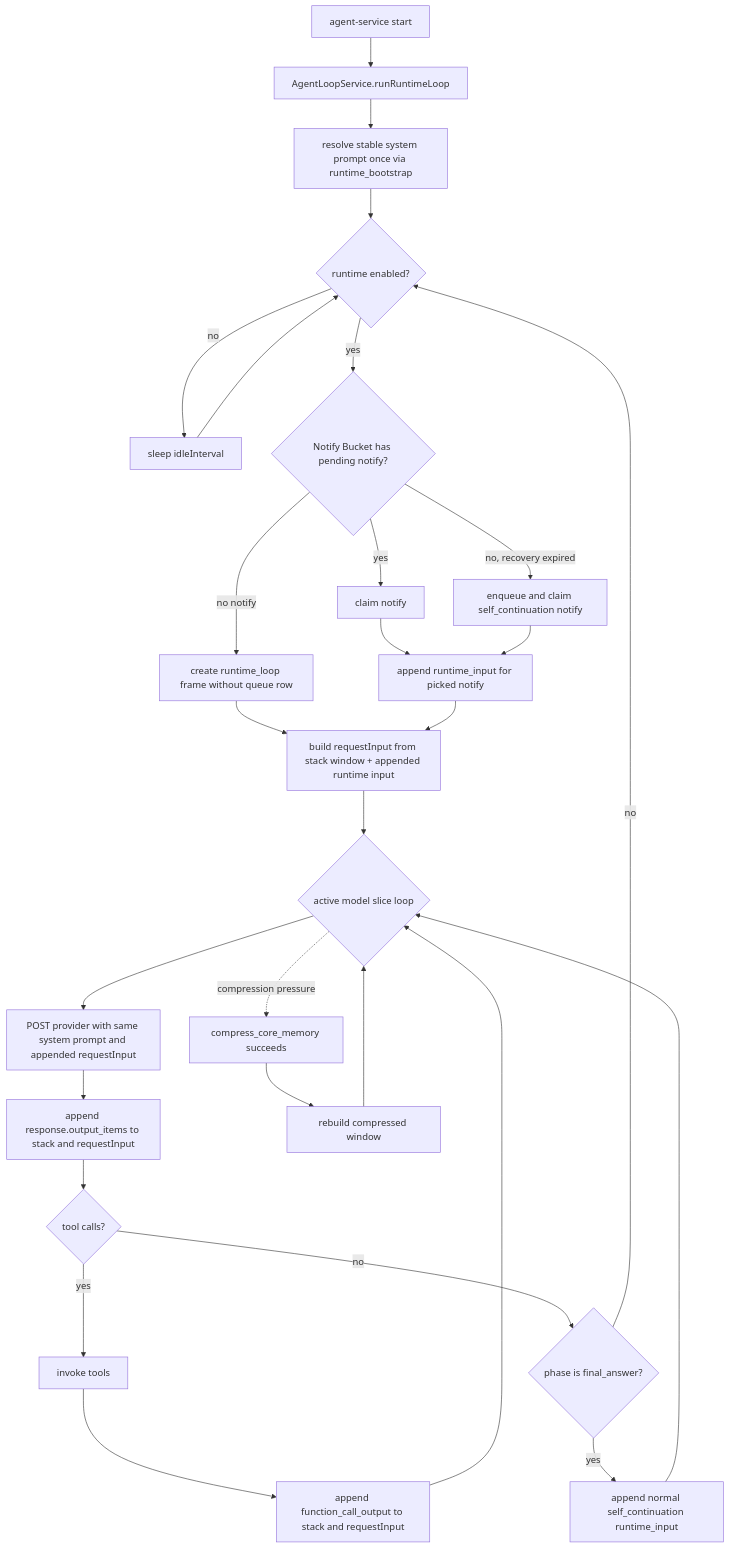
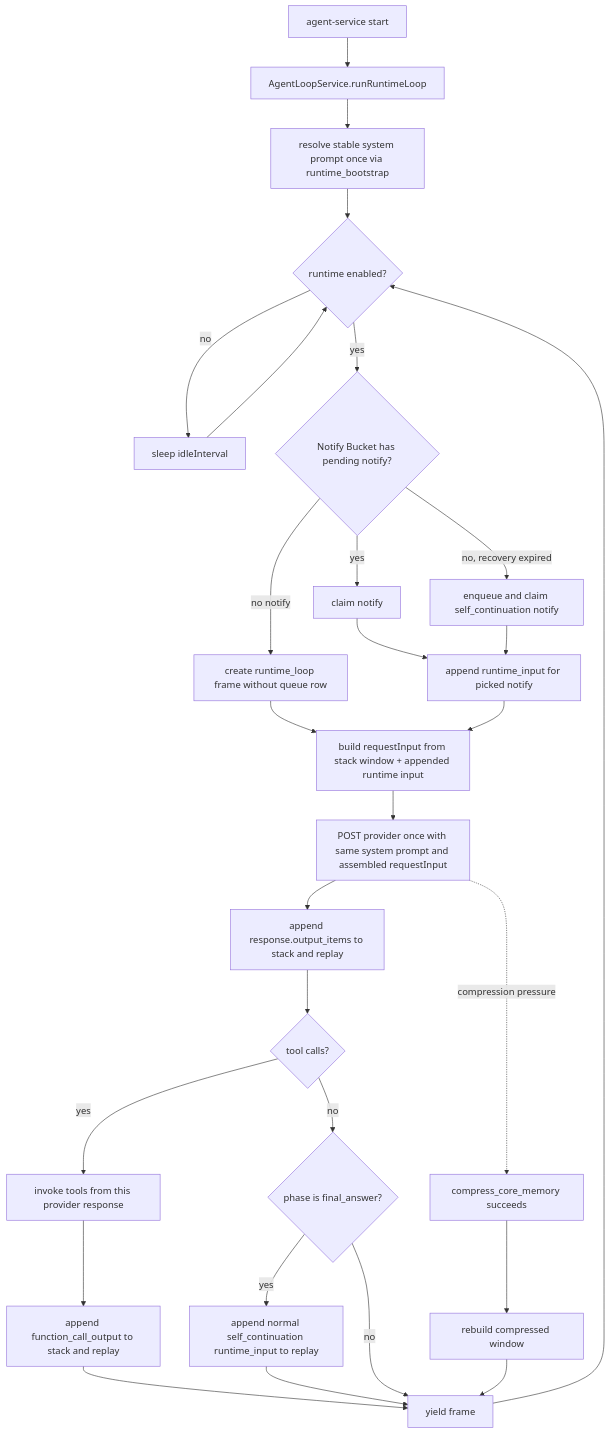
One commit to Hei-AI/xiaoni_cc changed the diagram in docs/XIAONI_AGENT_STACK_LEDGER.md. Above: the diagram before and after it, drawn with Mermaid. The commit also changed other lines of this file and 6 other files, not shown here.

Commit message:
fix: yield runtime frame after one model slice

````diff
--- a/docs/XIAONI_AGENT_STACK_LEDGER.md
+++ b/docs/XIAONI_AGENT_STACK_LEDGER.md
@@ -35,30 +36,30 @@
 ```mermaid
 flowchart TD
   A[agent-service start] --> B[AgentLoopService.runRuntimeLoop]
   B --> C[resolve stable system prompt once via runtime_bootstrap]
   C --> D{runtime enabled?}
   D -- no --> E[sleep idleInterval]
   E --> D
   D -- yes --> F{Notify Bucket has pending notify?}
   F -- yes --> G[claim notify]
   F -- no, recovery expired --> H[enqueue and claim self_continuation notify]
   F -- no notify --> I[create runtime_loop frame without queue row]
   G --> J[append runtime_input for picked notify]
   H --> J
   I --> K
   J --> K[build requestInput from stack window + appended runtime input]
-  K --> L{active model slice loop}
-  L --> M[POST provider with same system prompt and appended requestInput]
-  M --> N[append response.output_items to stack and requestInput]
-  N --> O{tool calls?}
-  O -- yes --> P[invoke tools]
-  P --> Q[append function_call_output to stack and requestInput]
-  Q --> L
-  O -- no --> R{phase is final_answer?}
-  R -- yes --> S[append normal self_continuation runtime_input]
-  S --> L
-  R -- no --> D
+  K --> L[POST provider once with same system prompt and assembled requestInput]
+  L --> M[append response.output_items to stack and replay]
+  M --> N{tool calls?}
+  N -- yes --> O[invoke tools from this provider response]
+  O --> P[append function_call_output to stack and replay]
+  P --> V[yield frame]
+  N -- no --> R{phase is final_answer?}
+  R -- yes --> S[append normal self_continuation runtime_input to replay]
+  S --> V
+  R -- no --> V
+  V --> D
   L -. compression pressure .-> T[compress_core_memory succeeds]
   T --> U[rebuild compressed window]
-  U --> L
+  U --> V
 ```
````
